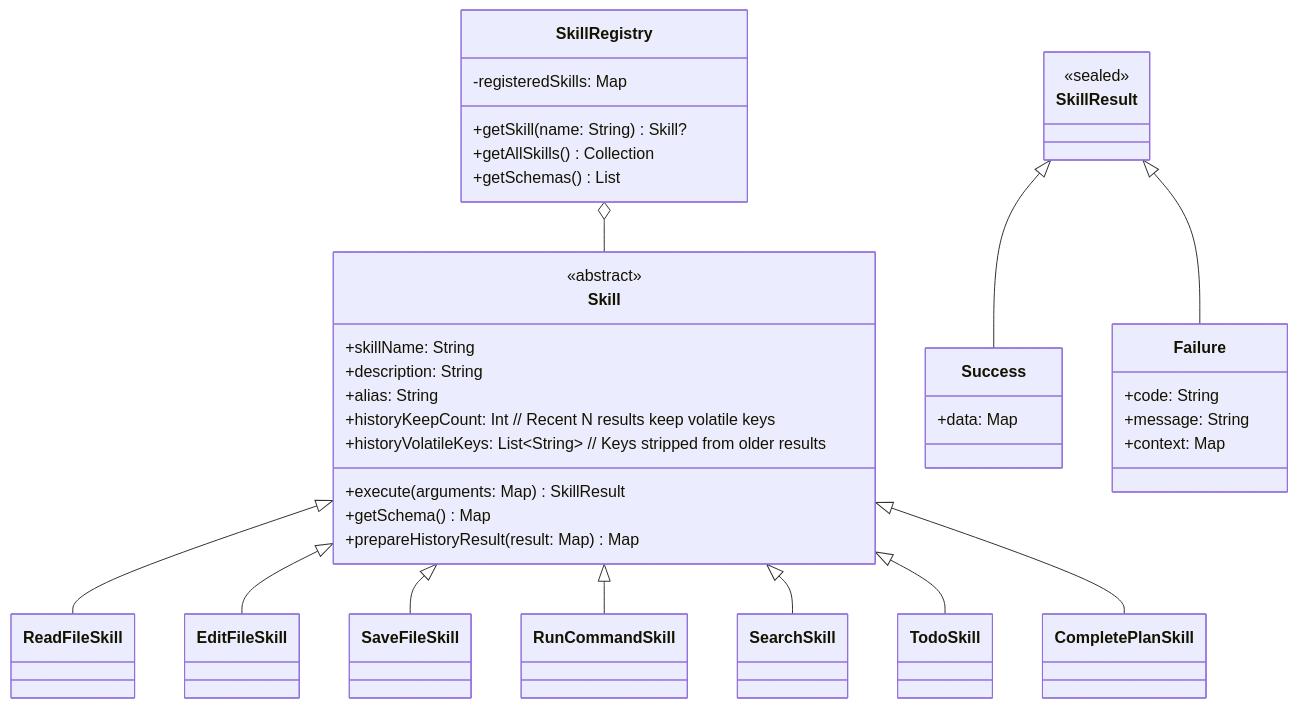
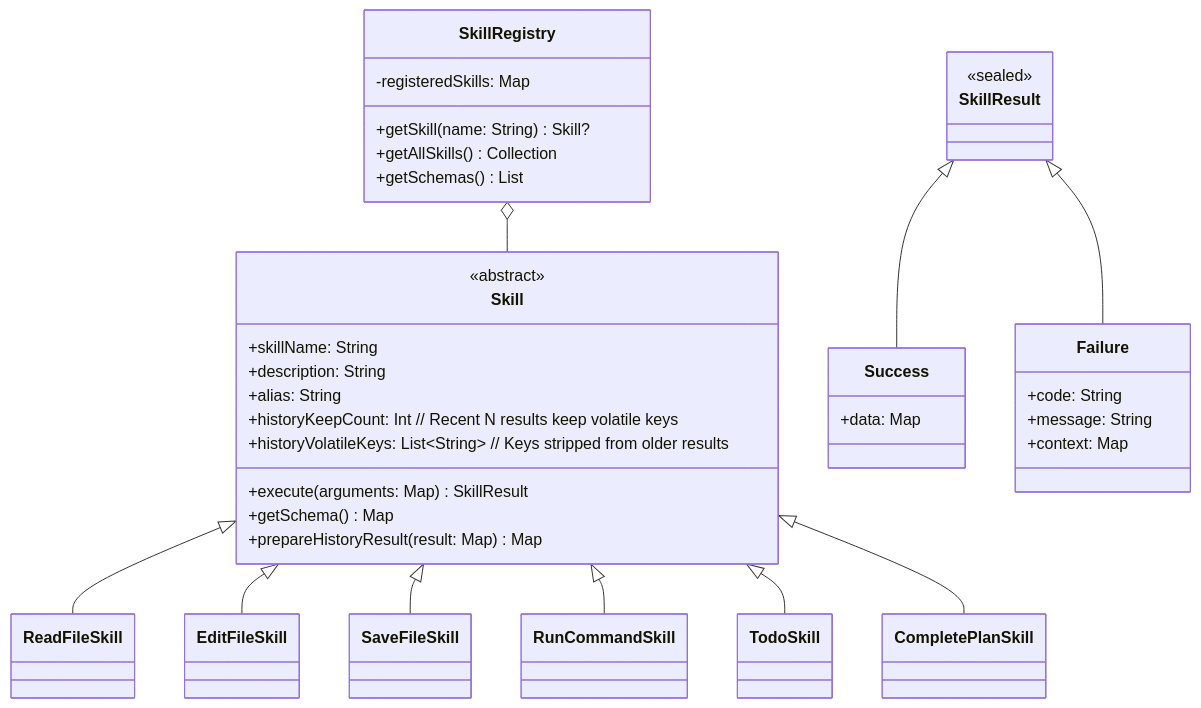
The second of 3 diagrams in docs/PLUGIN_DEVELOPMENT.md (lg841226/Gradum), drawn with Mermaid before and after one commit. The commit also changed other lines of this file and 8 other files, not shown here.

First line of the commit message:
refactor: remove SearchSkill, update tool call UI and docs

````diff
--- a/docs/PLUGIN_DEVELOPMENT.md
+++ b/docs/PLUGIN_DEVELOPMENT.md
@@ -60,54 +57,52 @@
 ```mermaid
 classDiagram
     class Skill {
         <<abstract>>
         +skillName: String
         +description: String
         +alias: String
         +execute(arguments: Map) SkillResult
         +getSchema() Map
         +historyKeepCount: Int // Recent N results keep volatile keys
         +historyVolatileKeys: List~String~ // Keys stripped from older results
         +prepareHistoryResult(result: Map) Map
     }
 
     class SkillResult {
         <<sealed>>
     }
 
     class Success {
         +data: Map
     }
 
     class Failure {
         +code: String
         +message: String
         +context: Map
     }
 
     class SkillRegistry {
         -registeredSkills: Map
         +getSkill(name: String) Skill?
         +getAllSkills() Collection
         +getSchemas() List
     }
 
     class ReadFileSkill
     class EditFileSkill
     class SaveFileSkill
     class RunCommandSkill
-    class SearchSkill
     class TodoSkill
     class CompletePlanSkill
 
     SkillResult <|-- Success
     SkillResult <|-- Failure
     Skill <|-- ReadFileSkill
     Skill <|-- EditFileSkill
     Skill <|-- SaveFileSkill
     Skill <|-- RunCommandSkill
-    Skill <|-- SearchSkill
     Skill <|-- TodoSkill
     Skill <|-- CompletePlanSkill
     SkillRegistry o-- Skill
 ```
````
